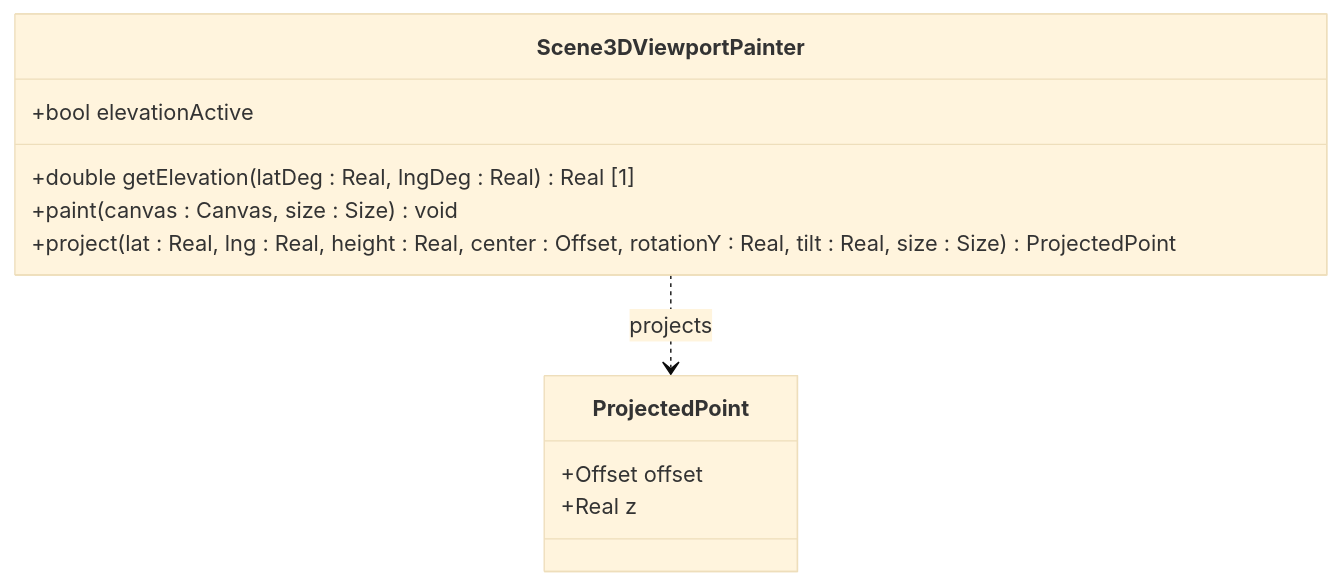
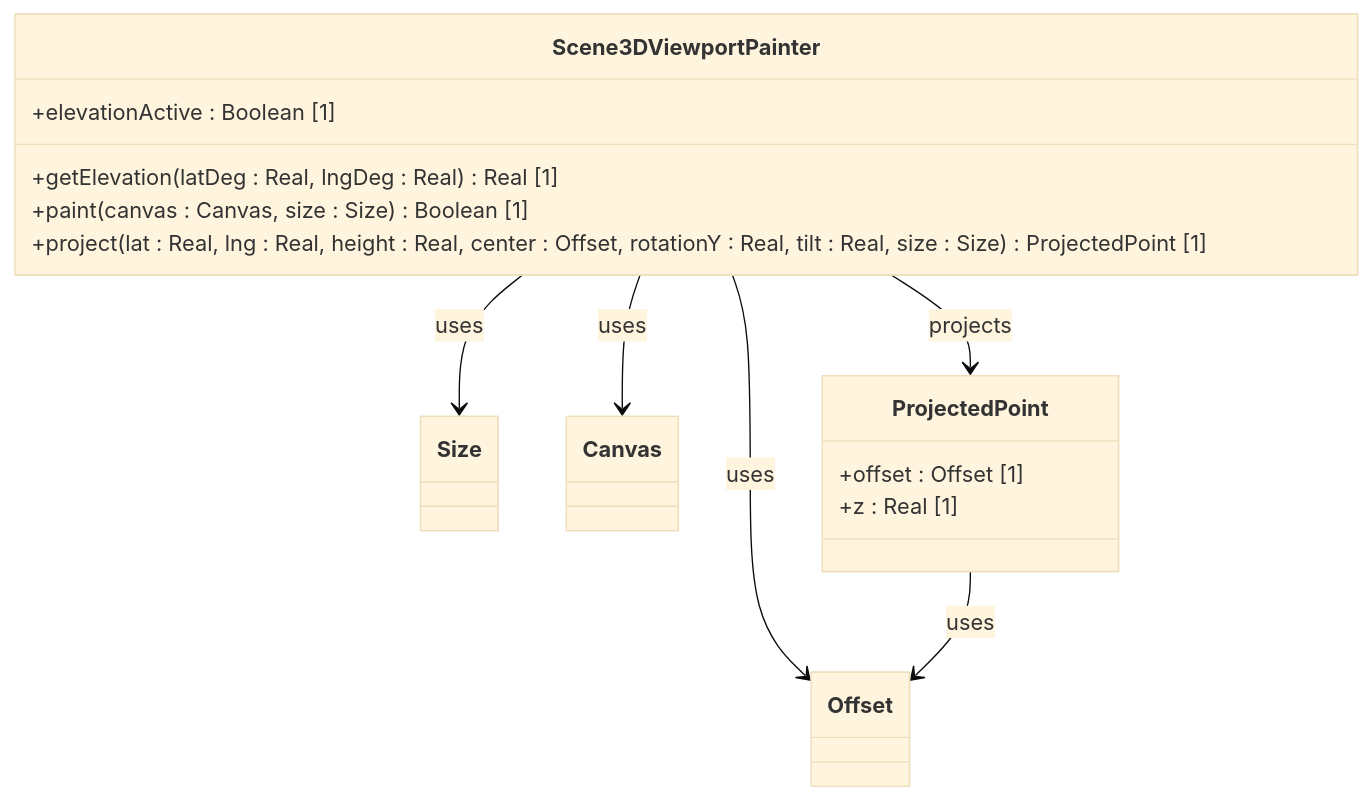
One commit to gintatkinson/3dgs-phoenix changed the diagram in docs/features/feat-02-3d-terrain-elevation-and-node-altitude-modeling.md. Above: the diagram before and after it, drawn with Mermaid (base theme). The commit also changed other lines of this file and 6 other files, not shown here.

Commit message:
docs: resolve outstanding UML Diagrams compliance audit violations

````diff
--- a/docs/features/feat-02-3d-terrain-elevation-and-node-altitude-modeling.md
+++ b/docs/features/feat-02-3d-terrain-elevation-and-node-altitude-modeling.md
@@ -19,14 +19,21 @@
 ```mermaid
 classDiagram
+    class Offset
+    class Size
+    class Canvas
+    class ProjectedPoint {
+        +offset : Offset [1]
+        +z : Real [1]
+    }
     class Scene3DViewportPainter {
-        +bool elevationActive
-        +double getElevation(latDeg : Real, lngDeg : Real) Real [1]
-        +paint(canvas : Canvas, size : Size) void
-        +project(lat : Real, lng : Real, height : Real, center : Offset, rotationY : Real, tilt : Real, size : Size) ProjectedPoint
+        +elevationActive : Boolean [1]
+        +getElevation(latDeg : Real, lngDeg : Real) Real [1]
+        +paint(canvas : Canvas, size : Size) Boolean [1]
+        +project(lat : Real, lng : Real, height : Real, center : Offset, rotationY : Real, tilt : Real, size : Size) ProjectedPoint [1]
     }
-    class ProjectedPoint {
-        +Offset offset
-        +Real z
-    }
-    Scene3DViewportPainter ..> ProjectedPoint : projects
+    Scene3DViewportPainter --> ProjectedPoint : projects
+    Scene3DViewportPainter --> Offset : uses
+    Scene3DViewportPainter --> Size : uses
+    Scene3DViewportPainter --> Canvas : uses
+    ProjectedPoint --> Offset : uses
 ```
````
